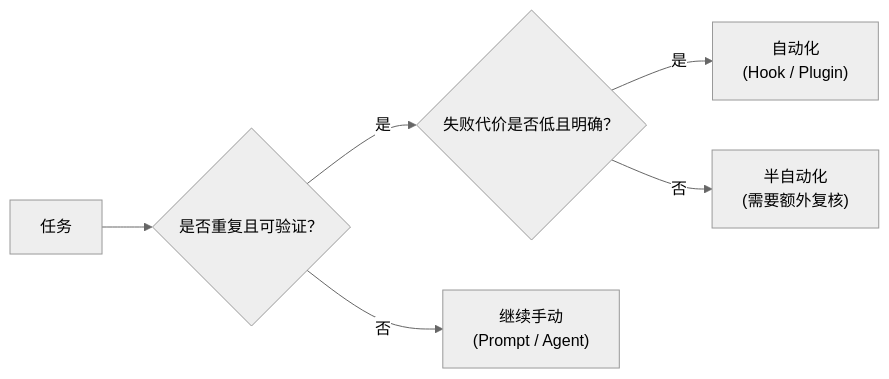
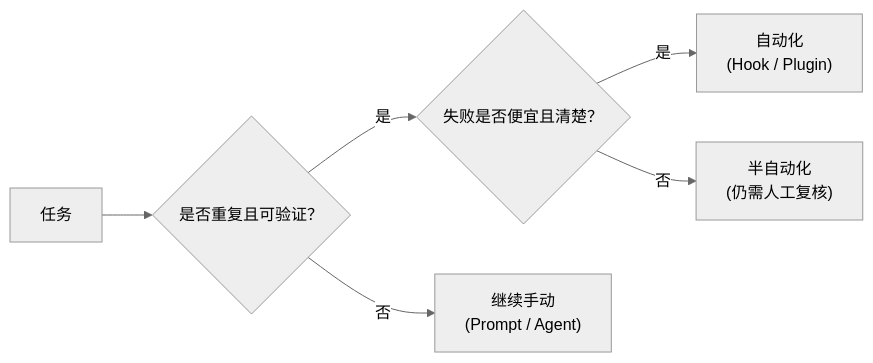
Before and after one commit to VanGoghBuilder/opencode-harness-guide: the diagram in 05-hooks-and-automation/README.zh-CN.md, drawn with Mermaid (neutral theme). The commit also changed other lines of this file and 19 other files, not shown here.

````diff
--- a/05-hooks-and-automation/README.zh-CN.md
+++ b/05-hooks-and-automation/README.zh-CN.md
@@ -36,8 +53,8 @@
 ```mermaid
 graph LR
     A["任务"] --> B{"是否重复且可验证？"}
-    B -->|是| C{"失败代价是否低且明确？"}
-    B -->|否| D["继续手动<br/>(Prompt / Agent)"]
-    C -->|是| E["自动化<br/>(Hook / Plugin)"]
-    C -->|否| F["半自动化<br/>(需要额外复核)"]
+    B -->|是| C{"失败是否便宜且清楚？"}
+    B -->|否| D["继续手动\n(Prompt / Agent)"]
+    C -->|是| E["自动化\n(Hook / Plugin)"]
+    C -->|否| F["半自动化\n(仍需人工复核)"]
 ```
````
